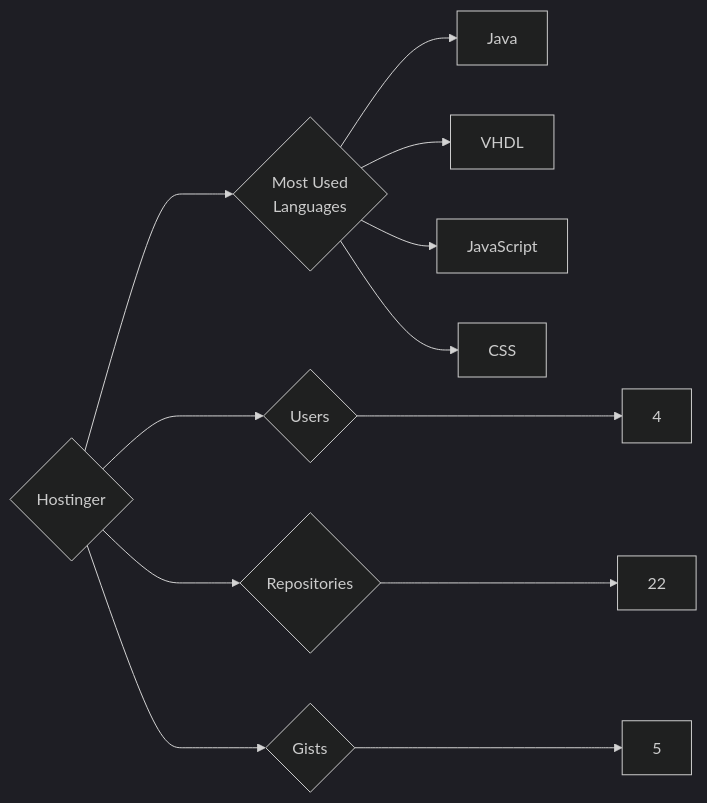
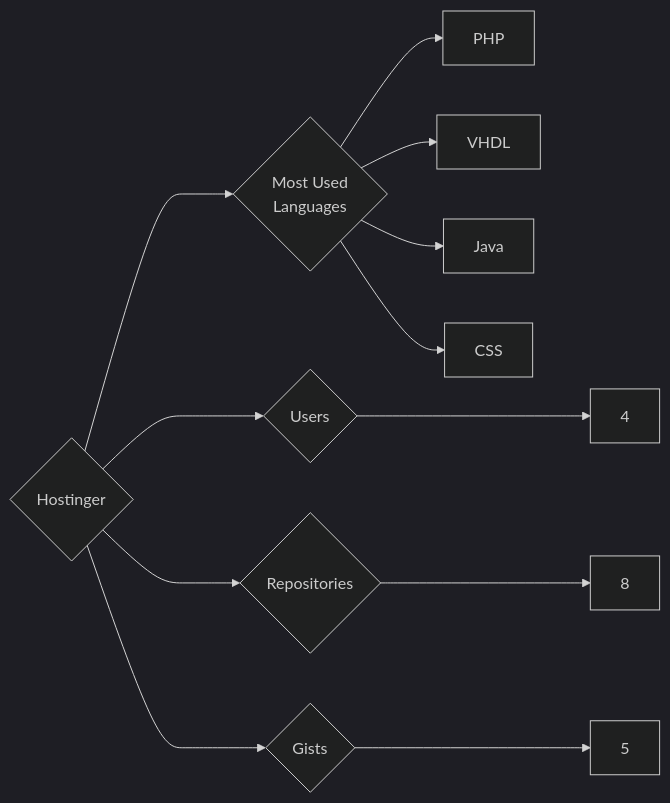
Before and after one commit to trickest/insiders: the diagram in targets/Hostinger/README.md, drawn with Mermaid (dark theme). The commit also changed 840 other files, not shown here.

````diff
--- a/targets/Hostinger/README.md
+++ b/targets/Hostinger/README.md
@@ -3,12 +3,12 @@
 ```mermaid
 graph LR
 COMPANY_NAME{Hostinger}
 COMPANY_NAME ---> U{Users} ---> UN[4]
-COMPANY_NAME ---> R{Repositories} ---> RN[22]
+COMPANY_NAME ---> R{Repositories} ---> RN[8]
 COMPANY_NAME ---> G{Gists} ---> GN[5]
 COMPANY_NAME ---> ML{Most Used<br>Languages}
+ML --> PHP[PHP]
+ML --> VHDL[VHDL]
 ML --> Java[Java]
-ML --> VHDL[VHDL]
-ML --> JavaScript[JavaScript]
 ML --> CSS[CSS]
 ```
````
